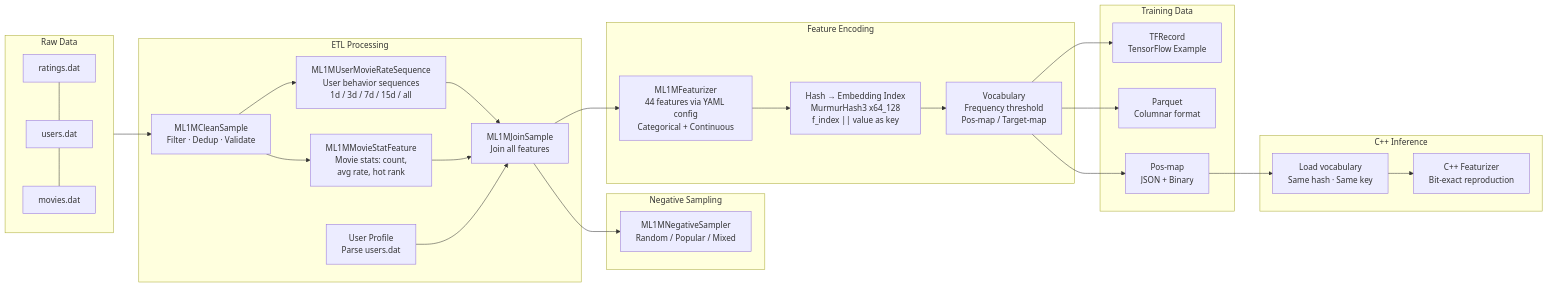
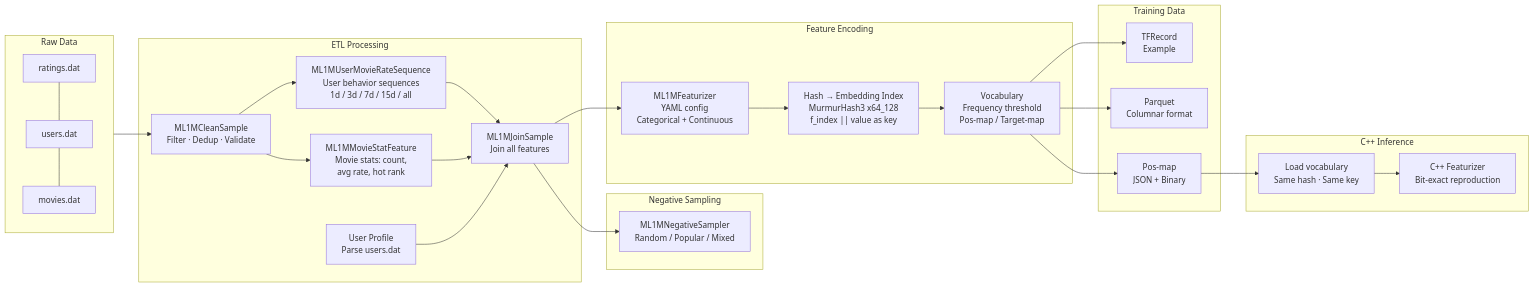
One commit to shardzhang/gerbil-data changed the first of 2 diagrams in README.md. Above: the diagram before and after it, drawn with Mermaid. The commit also changed other lines of this file and 5 other files, not shown here.

````diff
--- a/README.md
+++ b/README.md
@@ -99,44 +97,44 @@
 ```mermaid
 flowchart LR
     subgraph Raw[Raw Data]
         direction TB
         R1[ratings.dat] --- R2[users.dat] --- R3[movies.dat]
     end
 
     subgraph ETL[ETL Processing]
         C[ML1MCleanSample<br/>Filter · Dedup · Validate]
         U[ML1MUserMovieRateSequence<br/>User behavior sequences<br/>1d / 3d / 7d / 15d / all]
         M[ML1MMovieStatFeature<br/>Movie stats: count,<br/>avg rate, hot rank]
         P[User Profile<br/>Parse users.dat]
         J[ML1MJoinSample<br/>Join all features]
     end
 
     subgraph Sampling[Negative Sampling]
         N[ML1MNegativeSampler<br/>Random / Popular / Mixed]
     end
 
     subgraph Encoding[Feature Encoding]
-        F[ML1MFeaturizer<br/>44 features via YAML config<br/>Categorical + Continuous]
+        F[ML1MFeaturizer<br/>YAML config<br/>Categorical + Continuous]
         H[Hash → Embedding Index<br/>MurmurHash3 x64_128<br/>f_index #124;#124; value as key]
         V[Vocabulary<br/>Frequency threshold<br/>Pos-map / Target-map]
     end
 
     subgraph Train[Training Data]
-        T[TFRecord<br/>TensorFlow Example]
+        T[TFRecord<br/>Example]
         Pq[Parquet<br/>Columnar format]
         Pm[Pos-map<br/>JSON + Binary]
     end
 
     subgraph Serving[C++ Inference]
         Cp[C++ Featurizer<br/>Bit-exact reproduction]
         Ld[Load vocabulary<br/>Same hash · Same key]
     end
 
     Raw --> C
     C --> U & M
     U & M & P --> J
     J --> N & F
     F --> H --> V
     V --> T & Pq & Pm
     Pm --> Ld --> Cp
 ```
````
